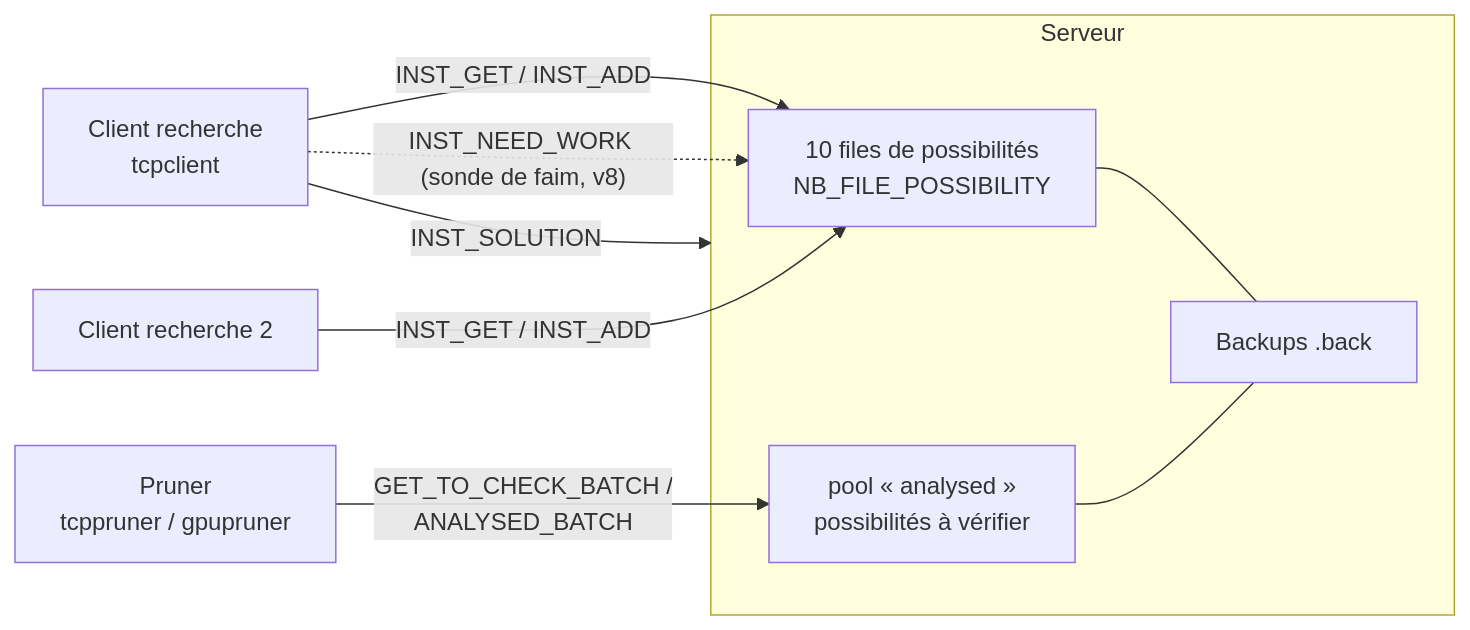
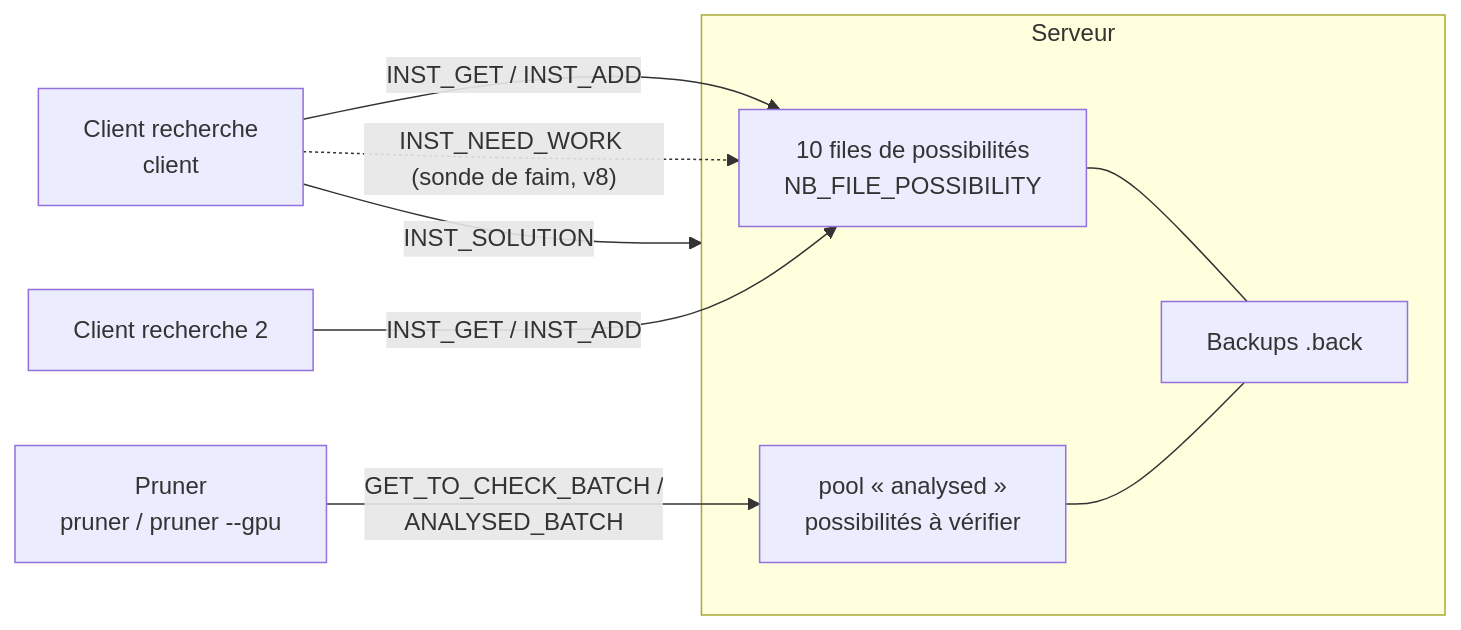
The first of 6 diagrams in docs/echanges_client_serveur.md (xaviergriffon/eternityII), drawn with Mermaid before and after one commit. The commit also changed other lines of this file and 22 other files, not shown here.

Commit message:
Simplifie les noms des modes (server/client/pruner) et remplace gpupruner par l'option --gpu

````diff
--- a/docs/echanges_client_serveur.md
+++ b/docs/echanges_client_serveur.md
@@ -26,15 +26,15 @@
 ```mermaid
 flowchart LR
     subgraph Serveur
         Q[10 files de possibilités<br/>NB_FILE_POSSIBILITY]
         A[pool « analysed »<br/>possibilités à vérifier]
         B[Backups .back]
         Q --- B
         A --- B
     end
-    C1[Client recherche<br/>tcpclient] -- "INST_GET / INST_ADD" --> Q
+    C1[Client recherche<br/>client] -- "INST_GET / INST_ADD" --> Q
     C1 -. "INST_NEED_WORK (sonde de faim, v8)" .-> Q
     C2[Client recherche 2] -- "INST_GET / INST_ADD" --> Q
-    P[Pruner<br/>tcppruner / gpupruner] -- "GET_TO_CHECK_BATCH /<br/>ANALYSED_BATCH" --> A
+    P[Pruner<br/>pruner / pruner --gpu] -- "GET_TO_CHECK_BATCH /<br/>ANALYSED_BATCH" --> A
     C1 -- "INST_SOLUTION" --> Serveur
 ```
````
